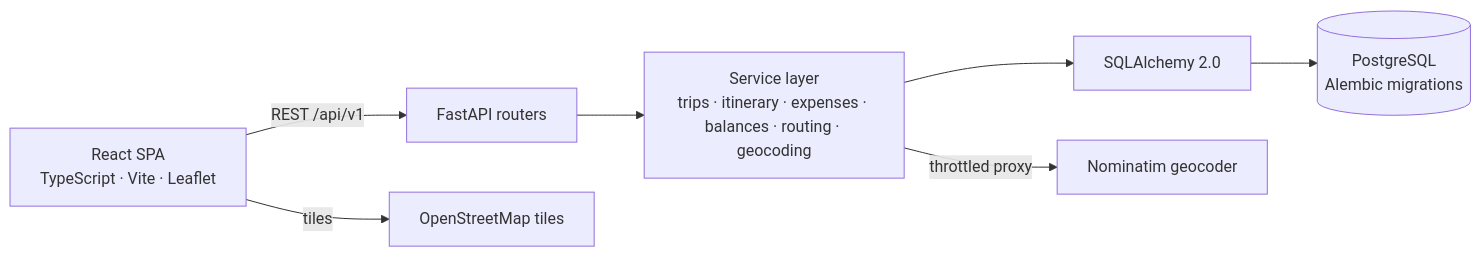
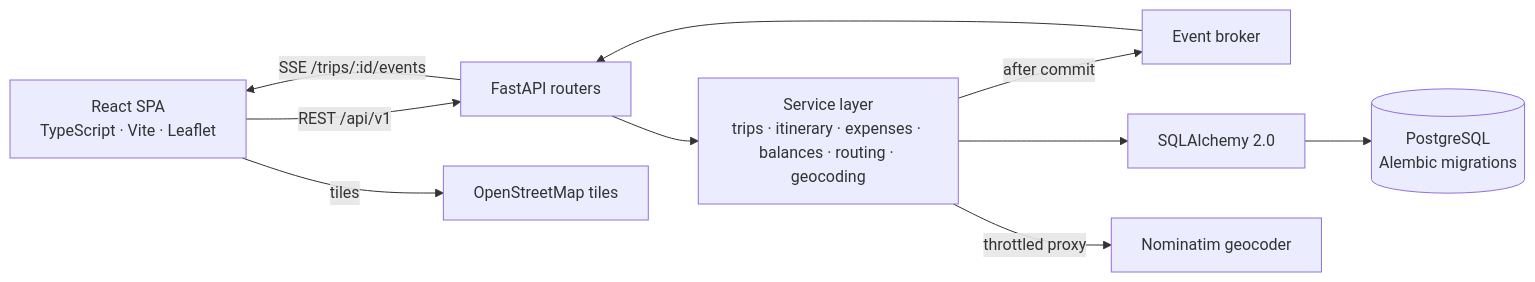
Before and after one commit to zh315-bit/TripTogether: the diagram in README.md, drawn with Mermaid. The commit also changed other lines of this file and 70 other files, not shown here.

````diff
--- a/README.md
+++ b/README.md
@@ -36,9 +38,12 @@
 ```mermaid
 flowchart LR
     B[React SPA<br/>TypeScript · Vite · Leaflet] -->|REST /api/v1| A[FastAPI routers]
+    A -->|SSE /trips/:id/events| B
     A --> S[Service layer<br/>trips · itinerary · expenses · balances · routing · geocoding]
+    S -->|after commit| E[Event broker]
+    E --> A
     S --> O[SQLAlchemy 2.0]
     O --> P[(PostgreSQL<br/>Alembic migrations)]
     S -->|throttled proxy| N[Nominatim geocoder]
     B -->|tiles| T[OpenStreetMap tiles]
 ```
````
